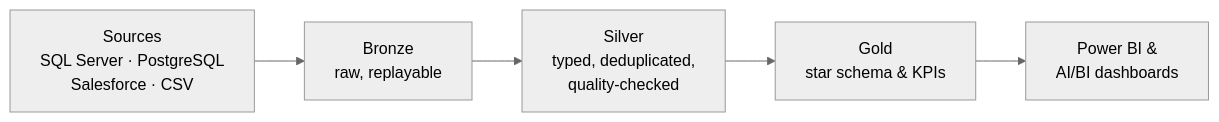
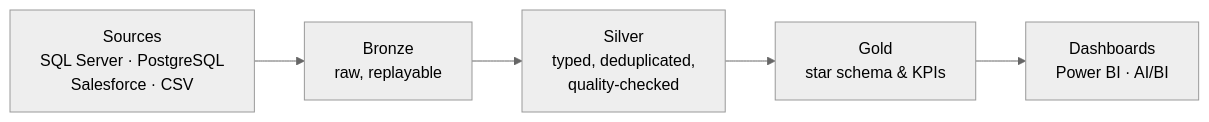
One commit to sujay181/sujay181 changed the diagram in README.md. Above: the diagram before and after it, drawn with Mermaid (neutral theme). The commit also changed other lines of this file, not shown here.

Commit message:
Profile README: fix dbt badge, findings header, diagram label

````diff
--- a/README.md
+++ b/README.md
@@ -21,7 +21,7 @@
 ```mermaid
 flowchart LR
     S["Sources<br/>SQL Server · PostgreSQL<br/>Salesforce · CSV"] --> B["Bronze<br/>raw, replayable"]
     B --> SV["Silver<br/>typed, deduplicated,<br/>quality-checked"]
     SV --> G["Gold<br/>star schema & KPIs"]
-    G --> D["Power BI &<br/>AI/BI dashboards"]
+    G --> D["Dashboards<br/>Power BI · AI/BI"]
 ```
````
